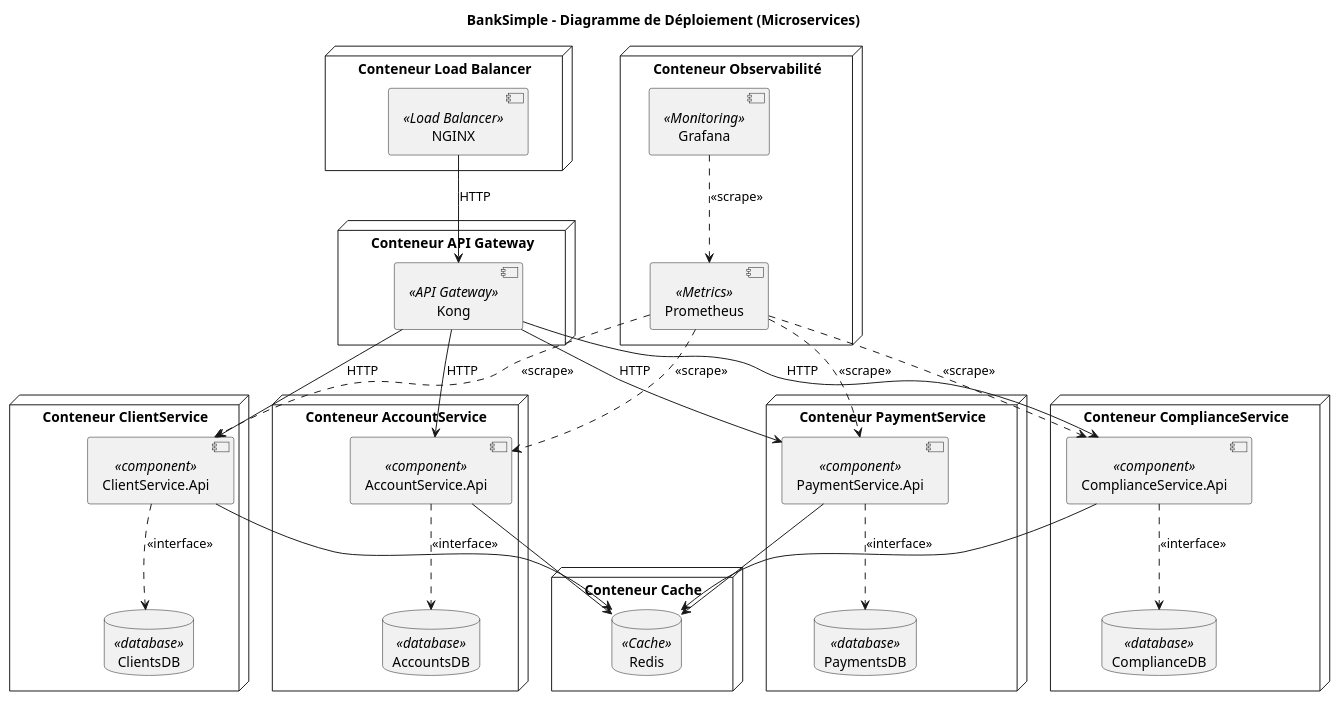
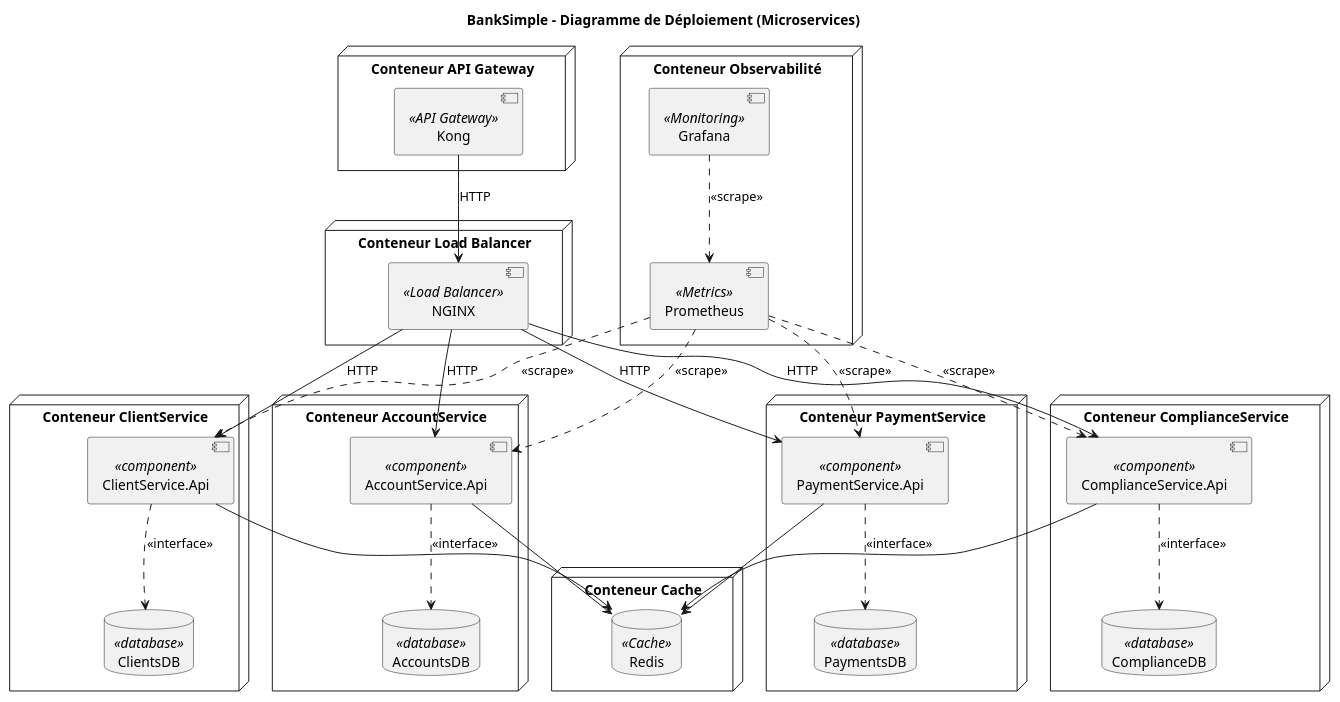
One commit to Toksunus/banksimple changed the diagram in PlantUML/deployment.puml. Above: the diagram before and after it, drawn with PlantUML. The commit also changed 7 other files, not shown here.

```diff
--- a/PlantUML/deployment.puml
+++ b/PlantUML/deployment.puml
@@ -1,62 +1,62 @@
 @startuml deployment
 title BankSimple - Diagramme de Déploiement (Microservices)
 
+node "Conteneur API Gateway" {
+  component "Kong" <<API Gateway>> as Gateway
+}
+
 node "Conteneur Load Balancer" {
   component "NGINX" <<Load Balancer>> as LB
-}
-
-node "Conteneur API Gateway" {
-  component "Kong" <<API Gateway>> as Gateway
 }
 
 node "Conteneur Observabilité" {
   component "Grafana" <<Monitoring>> as Grafana
   component "Prometheus" <<Metrics>> as Prometheus
   Grafana ..> Prometheus : <<scrape>>
 }
 
 node "Conteneur ClientService" {
   component "ClientService.Api" <<component>> as Client_API
   database "ClientsDB" <<database>> as Client_DB
   Client_API ..> Client_DB : <<interface>>
 }
 
 node "Conteneur AccountService" {
   component "AccountService.Api" <<component>> as Account_API
   database "AccountsDB" <<database>> as Account_DB
   Account_API ..> Account_DB : <<interface>>
 }
 
 node "Conteneur PaymentService" {
   component "PaymentService.Api" <<component>> as Payment_API
   database "PaymentsDB" <<database>> as Payment_DB
   Payment_API ..> Payment_DB : <<interface>>
 }
 
 node "Conteneur ComplianceService" {
   component "ComplianceService.Api" <<component>> as Compliance_API
   database "ComplianceDB" <<database>> as Compliance_DB
   Compliance_API ..> Compliance_DB : <<interface>>
 }
 
 node "Conteneur Cache" {
   database "Redis" <<Cache>> as Cache
 }
 
-LB --> Gateway : HTTP
-Gateway --> Client_API : HTTP
-Gateway --> Account_API : HTTP
-Gateway --> Payment_API : HTTP
-Gateway --> Compliance_API : HTTP
+Gateway --> LB : HTTP
+LB --> Client_API : HTTP
+LB --> Account_API : HTTP
+LB --> Payment_API : HTTP
+LB --> Compliance_API : HTTP
 
 Prometheus ..> Client_API : <<scrape>>
 Prometheus ..> Account_API : <<scrape>>
 Prometheus ..> Payment_API : <<scrape>>
 Prometheus ..> Compliance_API : <<scrape>>
 
 Client_API --> Cache
 Account_API --> Cache
 Payment_API --> Cache
 Compliance_API --> Cache
 
 @enduml
```
